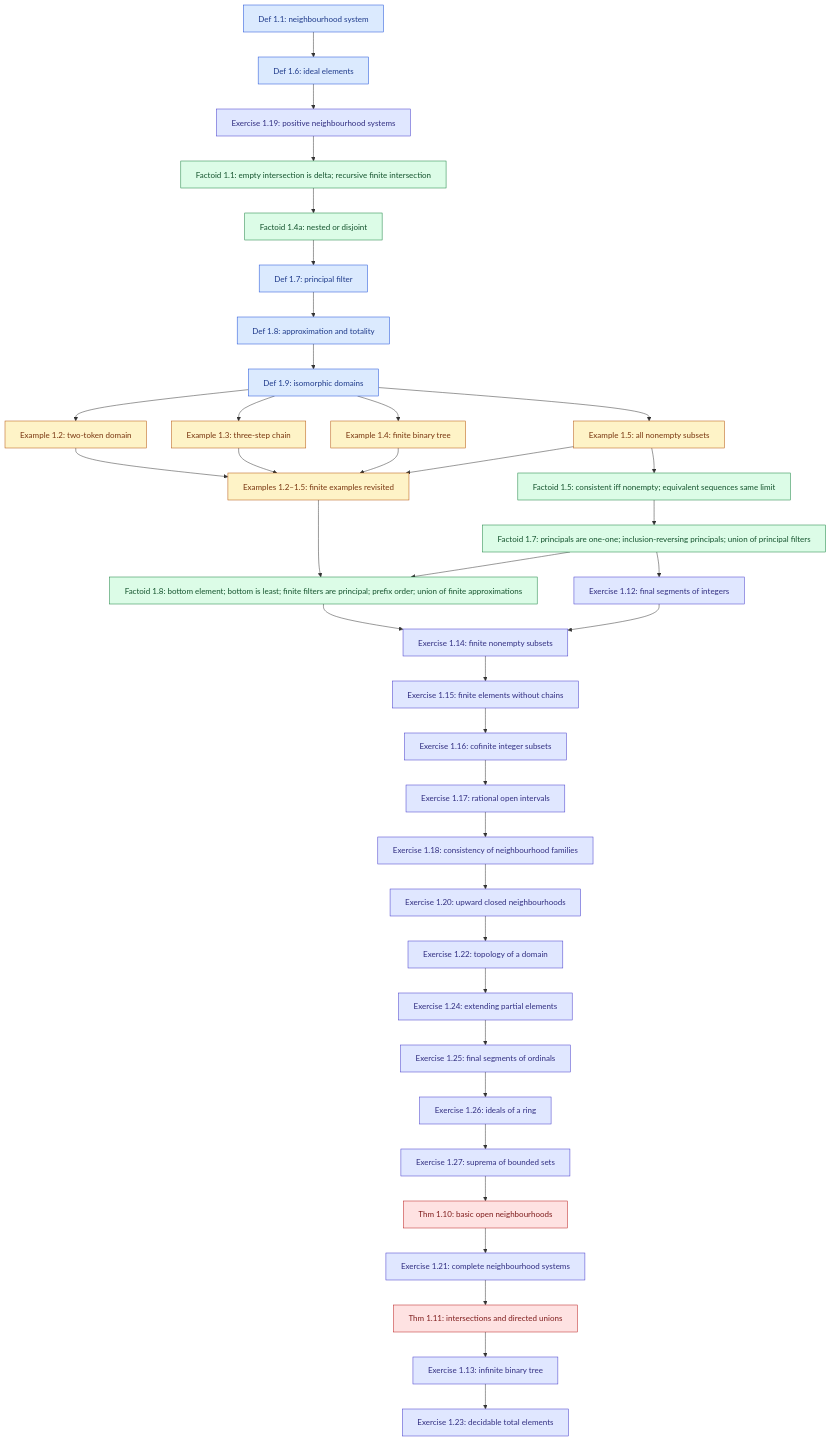
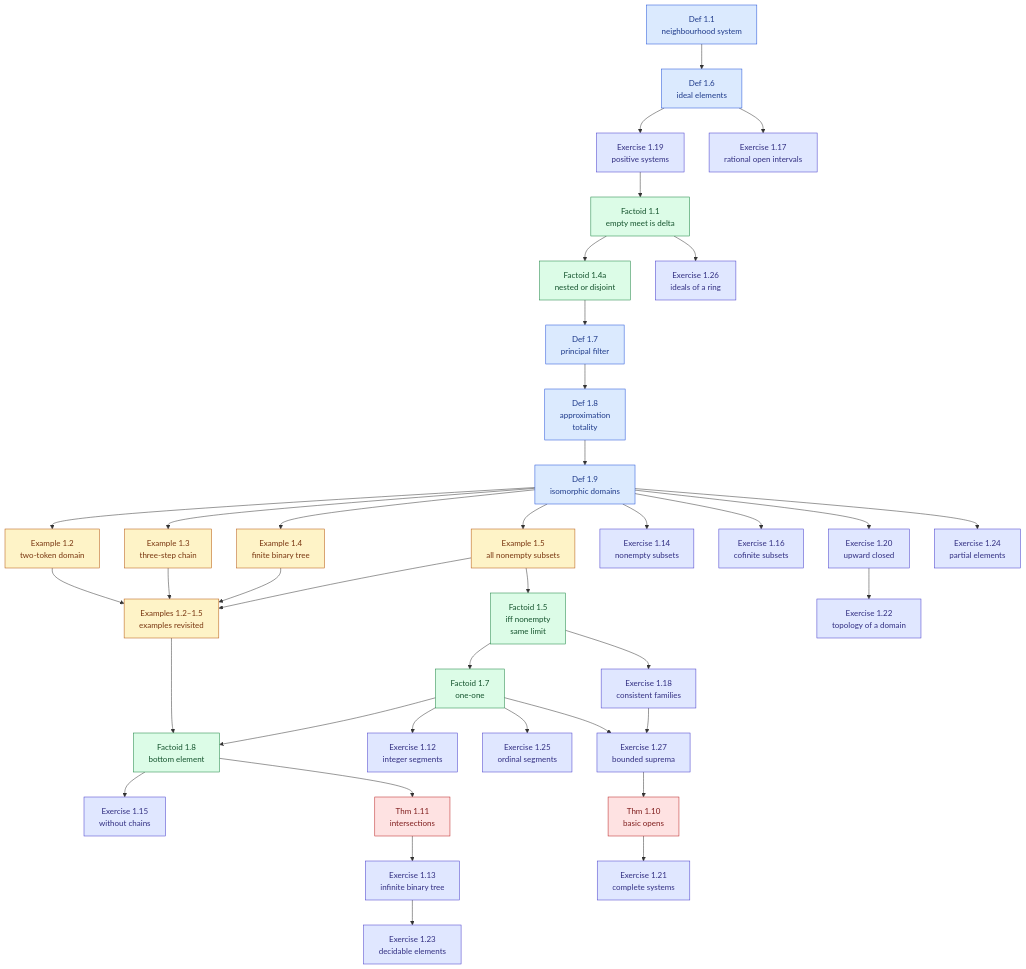
Before and after one commit to catskillsresearch/DomainTheory: the diagram in DomainTheory/NeighbourhoodSystems/DomainsGivenByNeighbourhoods/1980_Domains_given_by_neighbourhoods.mermaid, drawn with Mermaid. The commit also changed 26 other files, not shown here.

```diff
--- a/DomainTheory/NeighbourhoodSystems/DomainsGivenByNeighbourhoods/1980_Domains_given_by_neighbourhoods.mermaid
+++ b/DomainTheory/NeighbourhoodSystems/DomainsGivenByNeighbourhoods/1980_Domains_given_by_neighbourhoods.mermaid
@@ -1,117 +1,117 @@
 %% Each box is one item. The arrowhead is on the item that imports.
 %% An arrow already implied by a longer path is omitted.
 %% The introduction has no Lean file, so it is not shown.
 %% Lettered parts of one Scott number share one box.
 %%{init: {"flowchart": {"wrappingWidth": 2000}}}%%
 flowchart TB
 
-  NeighborhoodSystem["Def 1.1: neighbourhood system"]
-  Element["Def 1.6: ideal elements"]
-  Exercise_1_19["Exercise 1.19: positive neighbourhood systems"]
-  Factoid_1_1["Factoid 1.1: empty intersection is delta; recursive finite intersection"]
-  Factoid_1_4["Factoid 1.4a: nested or disjoint"]
-  principal["Def 1.7: principal filter"]
-  bot["Def 1.8: approximation and totality"]
-  DomainIso["Def 1.9: isomorphic domains"]
-  Example_1_2["Example 1.2: two-token domain"]
-  Example_1_3["Example 1.3: three-step chain"]
-  Example_1_4["Example 1.4: finite binary tree"]
-  Example_1_5["Example 1.5: all nonempty subsets"]
-  Examples_1_2_1_5_revisited["Examples 1.2–1.5: finite examples revisited"]
-  Factoid_1_5["Factoid 1.5: consistent iff nonempty; equivalent sequences same limit"]
-  Factoid_1_7["Factoid 1.7: principals are one-one; inclusion-reversing principals; union of principal filters"]
-  Factoid_1_8["Factoid 1.8: bottom element; bottom is least; finite filters are principal; prefix order; union of finite approximations"]
-  Exercise_1_12["Exercise 1.12: final segments of integers"]
-  Exercise_1_14["Exercise 1.14: finite nonempty subsets"]
-  Exercise_1_15["Exercise 1.15: finite elements without chains"]
-  Exercise_1_16["Exercise 1.16: cofinite integer subsets"]
-  Exercise_1_17["Exercise 1.17: rational open intervals"]
-  Exercise_1_18["Exercise 1.18: consistency of neighbourhood families"]
-  Exercise_1_20["Exercise 1.20: upward closed neighbourhoods"]
-  Exercise_1_22["Exercise 1.22: topology of a domain"]
-  Exercise_1_24["Exercise 1.24: extending partial elements"]
-  Exercise_1_25["Exercise 1.25: final segments of ordinals"]
-  Exercise_1_26["Exercise 1.26: ideals of a ring"]
-  Exercise_1_27["Exercise 1.27: suprema of bounded sets"]
-  Theorem_1_10["Thm 1.10: basic open neighbourhoods"]
-  Exercise_1_21["Exercise 1.21: complete neighbourhood systems"]
-  Theorem_1_11["Thm 1.11: intersections and directed unions"]
-  Exercise_1_13["Exercise 1.13: infinite binary tree"]
-  Exercise_1_23["Exercise 1.23: decidable total elements"]
+  NeighborhoodSystem["Def 1.1<br>neighbourhood system"]
+  Element["Def 1.6<br>ideal elements"]
+  Exercise_1_19["Exercise 1.19<br>positive systems"]
+  Factoid_1_1["Factoid 1.1<br>empty meet is delta"]
+  Factoid_1_4["Factoid 1.4a<br>nested or disjoint"]
+  principal["Def 1.7<br>principal filter"]
+  bot["Def 1.8<br>approximation<br>totality"]
+  DomainIso["Def 1.9<br>isomorphic domains"]
+  Example_1_2["Example 1.2<br>two-token domain"]
+  Example_1_3["Example 1.3<br>three-step chain"]
+  Example_1_4["Example 1.4<br>finite binary tree"]
+  Example_1_5["Example 1.5<br>all nonempty subsets"]
+  Examples_1_2_1_5_revisited["Examples 1.2–1.5<br>examples revisited"]
+  Factoid_1_5["Factoid 1.5<br>iff nonempty<br>same limit"]
+  Factoid_1_7["Factoid 1.7<br>one-one"]
+  Factoid_1_8["Factoid 1.8<br>bottom element"]
+  Exercise_1_12["Exercise 1.12<br>integer segments"]
+  Exercise_1_14["Exercise 1.14<br>nonempty subsets"]
+  Exercise_1_15["Exercise 1.15<br>without chains"]
+  Exercise_1_16["Exercise 1.16<br>cofinite subsets"]
+  Exercise_1_17["Exercise 1.17<br>rational open intervals"]
+  Exercise_1_18["Exercise 1.18<br>consistent families"]
+  Exercise_1_20["Exercise 1.20<br>upward closed"]
+  Exercise_1_22["Exercise 1.22<br>topology of a domain"]
+  Exercise_1_24["Exercise 1.24<br>partial elements"]
+  Exercise_1_25["Exercise 1.25<br>ordinal segments"]
+  Exercise_1_26["Exercise 1.26<br>ideals of a ring"]
+  Exercise_1_27["Exercise 1.27<br>bounded suprema"]
+  Theorem_1_10["Thm 1.10<br>basic opens"]
+  Exercise_1_21["Exercise 1.21<br>complete systems"]
+  Theorem_1_11["Thm 1.11<br>intersections"]
+  Exercise_1_13["Exercise 1.13<br>infinite binary tree"]
+  Exercise_1_23["Exercise 1.23<br>decidable elements"]
 
   NeighborhoodSystem --> Element
   Element --> Exercise_1_19
+  Element --> Exercise_1_17
   Exercise_1_19 --> Factoid_1_1
   Factoid_1_1 --> Factoid_1_4
+  Factoid_1_1 --> Exercise_1_26
   Factoid_1_4 --> principal
   principal --> bot
   bot --> DomainIso
   DomainIso --> Example_1_2
   DomainIso --> Example_1_3
   DomainIso --> Example_1_4
   DomainIso --> Example_1_5
+  DomainIso --> Exercise_1_14
+  DomainIso --> Exercise_1_16
+  DomainIso --> Exercise_1_20
+  DomainIso --> Exercise_1_24
   Example_1_2 --> Examples_1_2_1_5_revisited
   Example_1_3 --> Examples_1_2_1_5_revisited
   Example_1_4 --> Examples_1_2_1_5_revisited
   Example_1_5 --> Examples_1_2_1_5_revisited
   Example_1_5 --> Factoid_1_5
   Factoid_1_5 --> Factoid_1_7
+  Factoid_1_5 --> Exercise_1_18
   Factoid_1_7 --> Factoid_1_8
+  Factoid_1_7 --> Exercise_1_12
+  Factoid_1_7 --> Exercise_1_25
+  Factoid_1_7 --> Exercise_1_27
   Examples_1_2_1_5_revisited --> Factoid_1_8
-  Factoid_1_7 --> Exercise_1_12
-  Factoid_1_8 --> Exercise_1_14
-  Exercise_1_12 --> Exercise_1_14
-  Exercise_1_14 --> Exercise_1_15
-  Exercise_1_15 --> Exercise_1_16
-  Exercise_1_16 --> Exercise_1_17
-  Exercise_1_17 --> Exercise_1_18
-  Exercise_1_18 --> Exercise_1_20
+  Factoid_1_8 --> Exercise_1_15
+  Factoid_1_8 --> Theorem_1_11
+  Exercise_1_18 --> Exercise_1_27
   Exercise_1_20 --> Exercise_1_22
-  Exercise_1_22 --> Exercise_1_24
-  Exercise_1_24 --> Exercise_1_25
-  Exercise_1_25 --> Exercise_1_26
-  Exercise_1_26 --> Exercise_1_27
   Exercise_1_27 --> Theorem_1_10
   Theorem_1_10 --> Exercise_1_21
-  Exercise_1_21 --> Theorem_1_11
   Theorem_1_11 --> Exercise_1_13
   Exercise_1_13 --> Exercise_1_23
 
   classDef cdef fill:#dbeafe,stroke:#1d4ed8,color:#1e3a8a
   classDef cfac fill:#dcfce7,stroke:#15803d,color:#14532d
   classDef cexs fill:#fef3c7,stroke:#b45309,color:#78350f
   classDef cex fill:#e0e7ff,stroke:#4338ca,color:#312e81
   classDef cthm fill:#fee2e2,stroke:#b91c1c,color:#7f1d1d
   class NeighborhoodSystem cdef
   class Element cdef
   class Exercise_1_19 cex
   class Factoid_1_1 cfac
   class Factoid_1_4 cfac
   class principal cdef
   class bot cdef
   class DomainIso cdef
   class Example_1_2 cexs
   class Example_1_3 cexs
   class Example_1_4 cexs
   class Example_1_5 cexs
   class Examples_1_2_1_5_revisited cexs
   class Factoid_1_5 cfac
   class Factoid_1_7 cfac
   class Factoid_1_8 cfac
   class Exercise_1_12 cex
   class Exercise_1_14 cex
   class Exercise_1_15 cex
   class Exercise_1_16 cex
   class Exercise_1_17 cex
   class Exercise_1_18 cex
   class Exercise_1_20 cex
   class Exercise_1_22 cex
   class Exercise_1_24 cex
   class Exercise_1_25 cex
   class Exercise_1_26 cex
   class Exercise_1_27 cex
   class Theorem_1_10 cthm
   class Exercise_1_21 cex
   class Theorem_1_11 cthm
   class Exercise_1_13 cex
   class Exercise_1_23 cex
```
